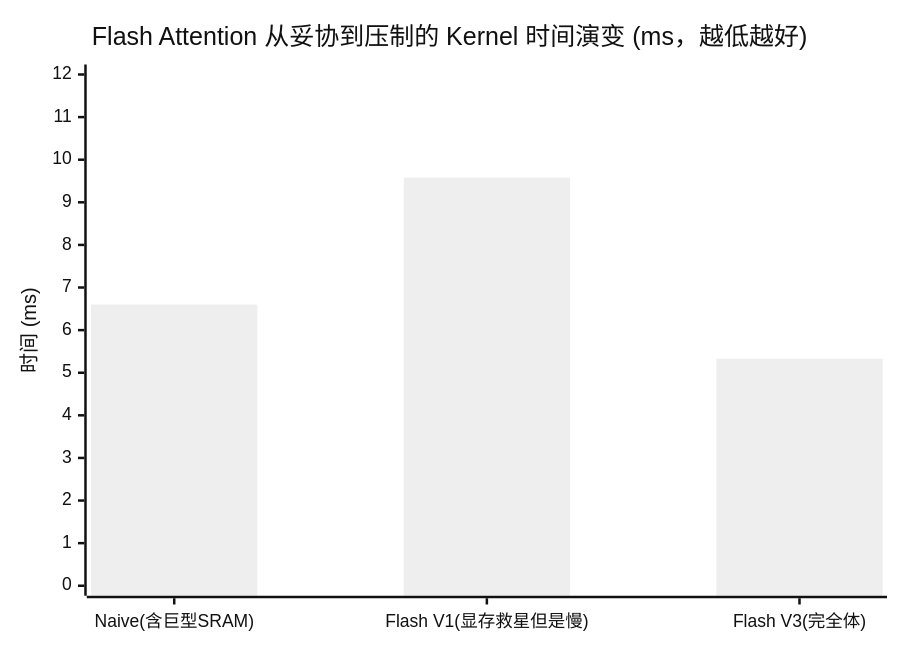
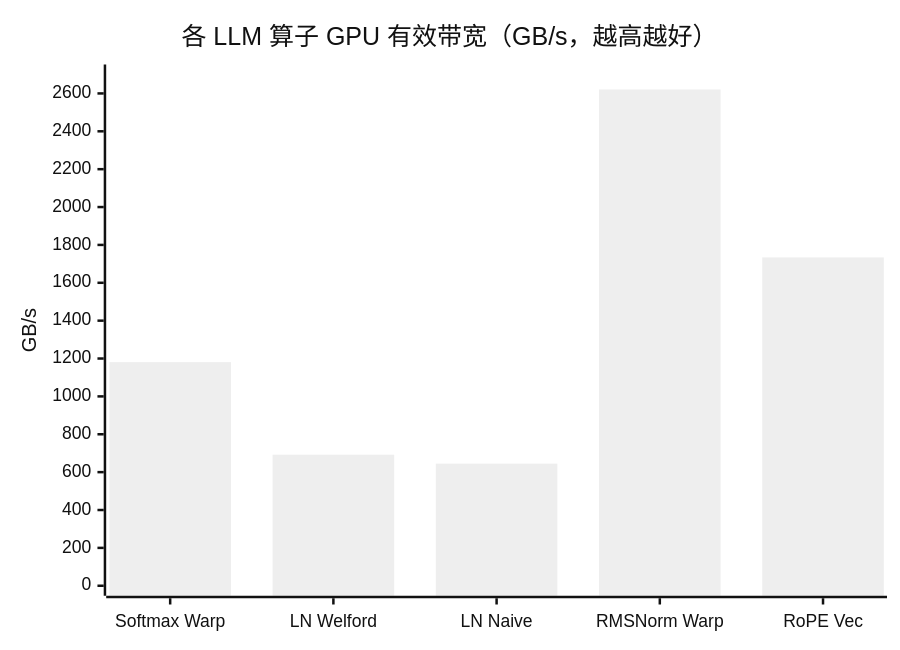
Before and after one commit to psmarter/CUDA-Practice: the second of 2 diagrams in 05_LLM_Ops/README.md, drawn with Mermaid (neutral theme). The commit also changed other lines of this file and 14 other files, not shown here.

`````diff
--- a/05_LLM_Ops/README.md
+++ b/05_LLM_Ops/README.md
@@ -156,7 +164,7 @@
-````mermaid
+```mermaid
 xychart-beta
-  title "Flash Attention 从妥协到压制的 Kernel 时间演变 (ms，越低越好)"
-  x-axis ["Naive(含巨型SRAM)", "Flash V1(显存救星但是慢)", "Flash V3(完全体)"]
-  y-axis "时间 (ms)" 0 --> 12
-  bar [6.60, 9.58, 5.33]
-````
+  title "各 LLM 算子 GPU 有效带宽（GB/s，越高越好）"
+  x-axis ["Softmax Warp", "LN Welford", "LN Naive", "RMSNorm Warp", "RoPE Vec"]
+  y-axis "GB/s" 0 --> 2700
+  bar [1181, 692, 645, 2621, 1734]
+```
`````
